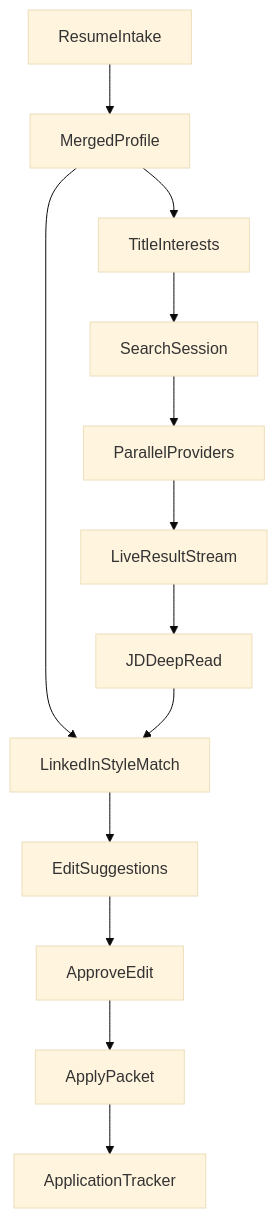
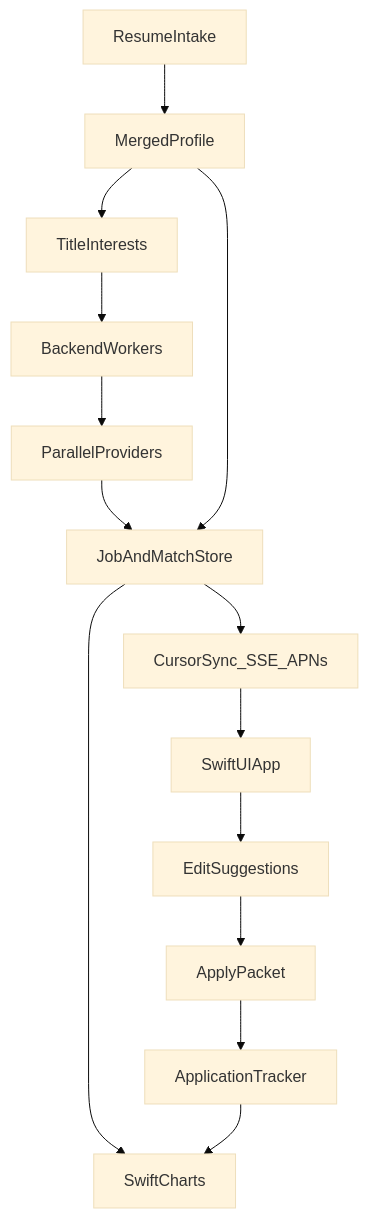
The first of 4 diagrams in docs/PLAN.md (nhermanhaus-cell/Job-Search-Bot), drawn with Mermaid (base theme) before and after one commit. The commit also changed other lines of this file and 1 other file, not shown here.

First line of the commit message:
Plan backend search delivery and Swift Charts

````diff
--- a/docs/PLAN.md
+++ b/docs/PLAN.md
@@ -22,28 +25,29 @@
 ```mermaid
 flowchart TD
   upload[ResumeIntake]
   profile[MergedProfile]
   titles[TitleInterests]
-  search[SearchSession]
+  backend[BackendWorkers]
   sources[ParallelProviders]
-  stream[LiveResultStream]
-  jd[JDDeepRead]
-  match[LinkedInStyleMatch]
+  store[JobAndMatchStore]
+  sync[CursorSync_SSE_APNs]
+  app[SwiftUIApp]
+  charts[SwiftCharts]
   suggest[EditSuggestions]
-  review[ApproveEdit]
   apply[ApplyPacket]
   track[ApplicationTracker]
 
   upload --> profile
   profile --> titles
-  titles --> search
-  search --> sources
-  sources --> stream
-  stream --> jd
-  profile --> match
-  jd --> match
-  match --> suggest
-  suggest --> review
-  review --> apply
+  titles --> backend
+  backend --> sources
+  sources --> store
+  profile --> store
+  store --> sync
+  sync --> app
+  store --> charts
+  track --> charts
+  app --> suggest
+  suggest --> apply
   apply --> track
 ```
````
